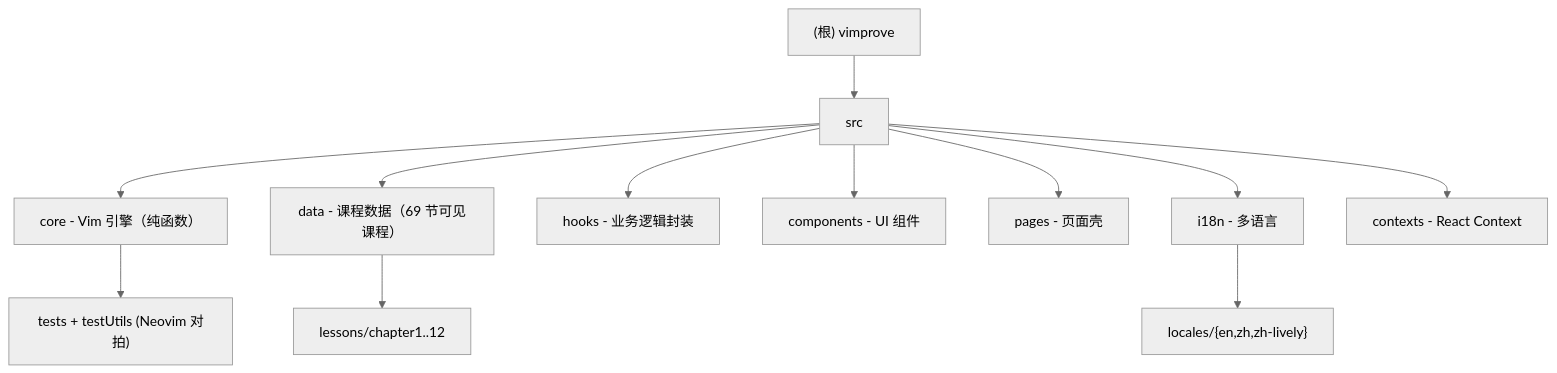
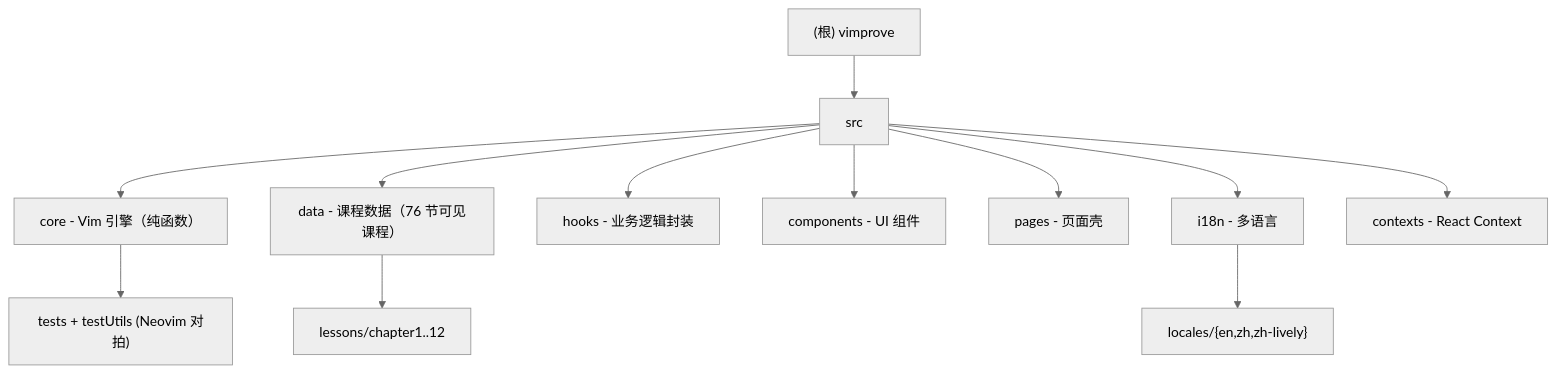
The diagram in CLAUDE.md (hechangjia/vimprove), drawn with Mermaid (neutral theme) before and after one commit. The commit also changed other lines of this file and 27 other files, not shown here.

````diff
--- a/CLAUDE.md
+++ b/CLAUDE.md
@@ -10,21 +10,21 @@
 ```mermaid
 graph TD
     A["(根) vimprove"] --> SRC["src"]
     SRC --> CORE["core - Vim 引擎（纯函数）"]
-    SRC --> DATA["data - 课程数据（69 节可见课程）"]
+    SRC --> DATA["data - 课程数据（76 节可见课程）"]
     SRC --> HOOKS["hooks - 业务逻辑封装"]
     SRC --> COMPONENTS["components - UI 组件"]
     SRC --> PAGES["pages - 页面壳"]
     SRC --> I18N["i18n - 多语言"]
     SRC --> CONTEXTS["contexts - React Context"]
     DATA --> LESSONS["lessons/chapter1..12"]
     CORE --> CORE_TESTS["tests + testUtils (Neovim 对拍)"]
     I18N --> LOCALES["locales/{en,zh,zh-lively}"]
 
     click CORE "./src/core/CLAUDE.md" "查看 core 模块文档"
     click DATA "./src/data/CLAUDE.md" "查看 data 模块文档"
     click HOOKS "./src/hooks/CLAUDE.md" "查看 hooks 模块文档"
     click COMPONENTS "./src/components/CLAUDE.md" "查看 components 模块文档"
     click PAGES "./src/pages/CLAUDE.md" "查看 pages 模块文档"
     click I18N "./src/i18n/CLAUDE.md" "查看 i18n 模块文档"
 ```
````
